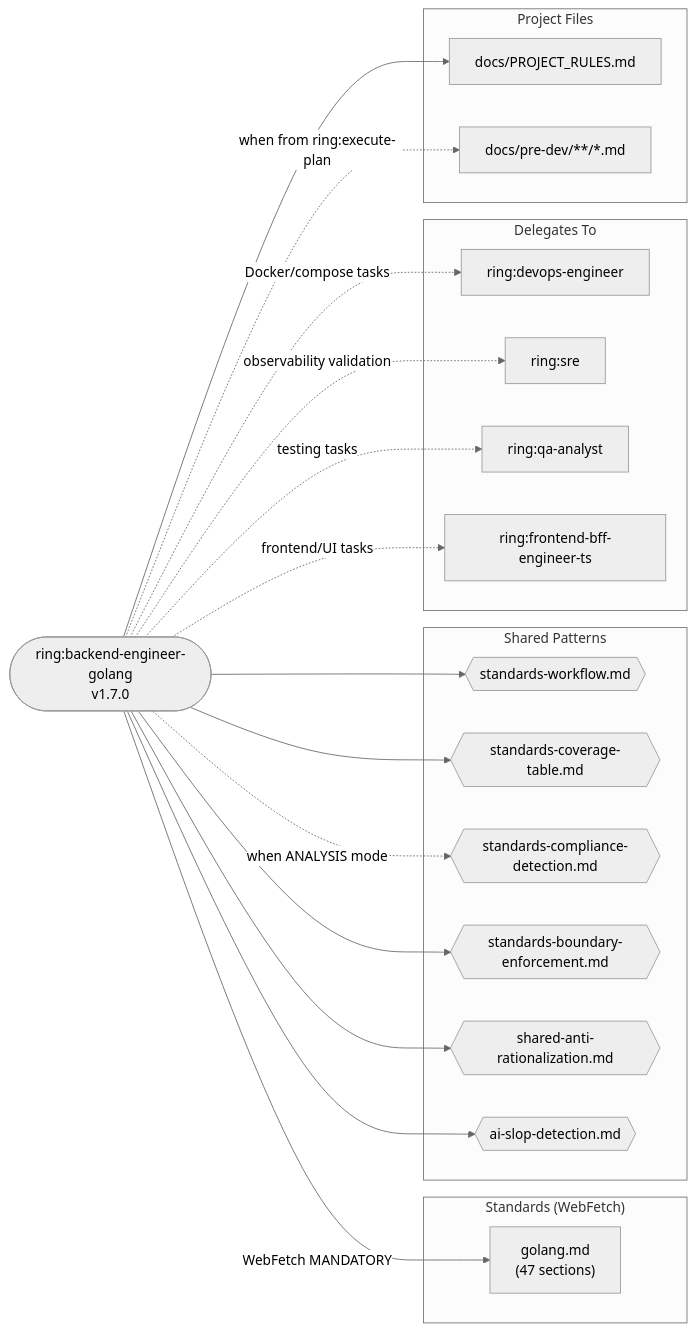
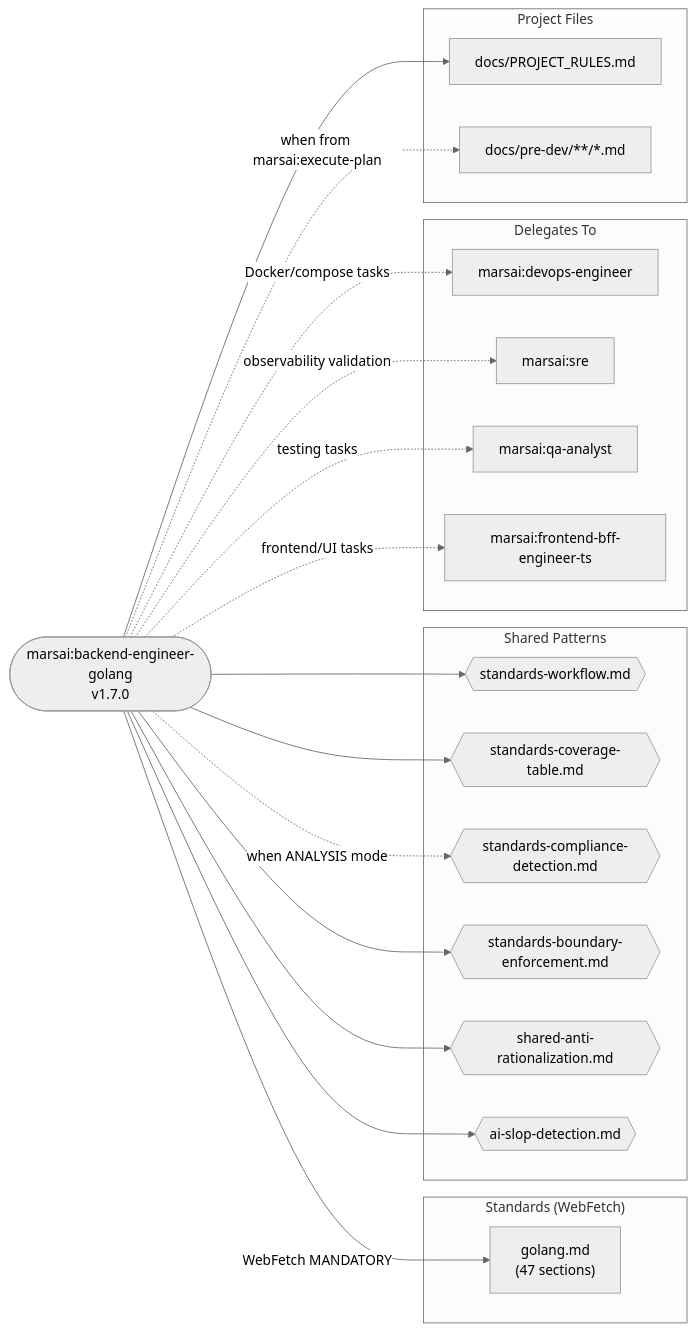
One commit to rodrigodh/ring changed the second of 21 diagrams in dev-team/docs/dependency-diagrams.md. Above: the diagram before and after it, drawn with Mermaid (neutral theme). The commit also changed other lines of this file and 203 other files, not shown here.

````diff
--- a/dev-team/docs/dependency-diagrams.md
+++ b/dev-team/docs/dependency-diagrams.md
@@ -123,39 +123,39 @@
 ```mermaid
 flowchart LR
-    agent(["ring:backend-engineer-golang<br/>v1.7.0"])
+    agent(["marsai:backend-engineer-golang<br/>v1.7.0"])
 
     subgraph Standards["Standards (WebFetch)"]
         golang["golang.md<br/>(47 sections)"]
     end
 
     subgraph SharedPatterns["Shared Patterns"]
         sw{{"standards-workflow.md"}}
         sct{{"standards-coverage-table.md"}}
         scd{{"standards-compliance-detection.md"}}
         sbe{{"standards-boundary-enforcement.md"}}
         sar{{"shared-anti-rationalization.md"}}
         asd{{"ai-slop-detection.md"}}
     end
 
     subgraph Delegates["Delegates To"]
-        devops["ring:devops-engineer"]
-        sre["ring:sre"]
-        qa["ring:qa-analyst"]
-        bff["ring:frontend-bff-engineer-ts"]
+        devops["marsai:devops-engineer"]
+        sre["marsai:sre"]
+        qa["marsai:qa-analyst"]
+        bff["marsai:frontend-bff-engineer-ts"]
     end
 
     subgraph ProjectFiles["Project Files"]
         pr["docs/PROJECT_RULES.md"]
         predev["docs/pre-dev/**/*.md"]
     end
 
     agent -->|"WebFetch MANDATORY"| golang
     agent --> sw & sct & sar & asd & sbe
     agent -.->|"when ANALYSIS mode"| scd
     agent -.->|"Docker/compose tasks"| devops
     agent -.->|"observability validation"| sre
     agent -.->|"testing tasks"| qa
     agent -.->|"frontend/UI tasks"| bff
     agent --> pr
-    agent -.->|"when from ring:execute-plan"| predev
+    agent -.->|"when from marsai:execute-plan"| predev
 ```
````
